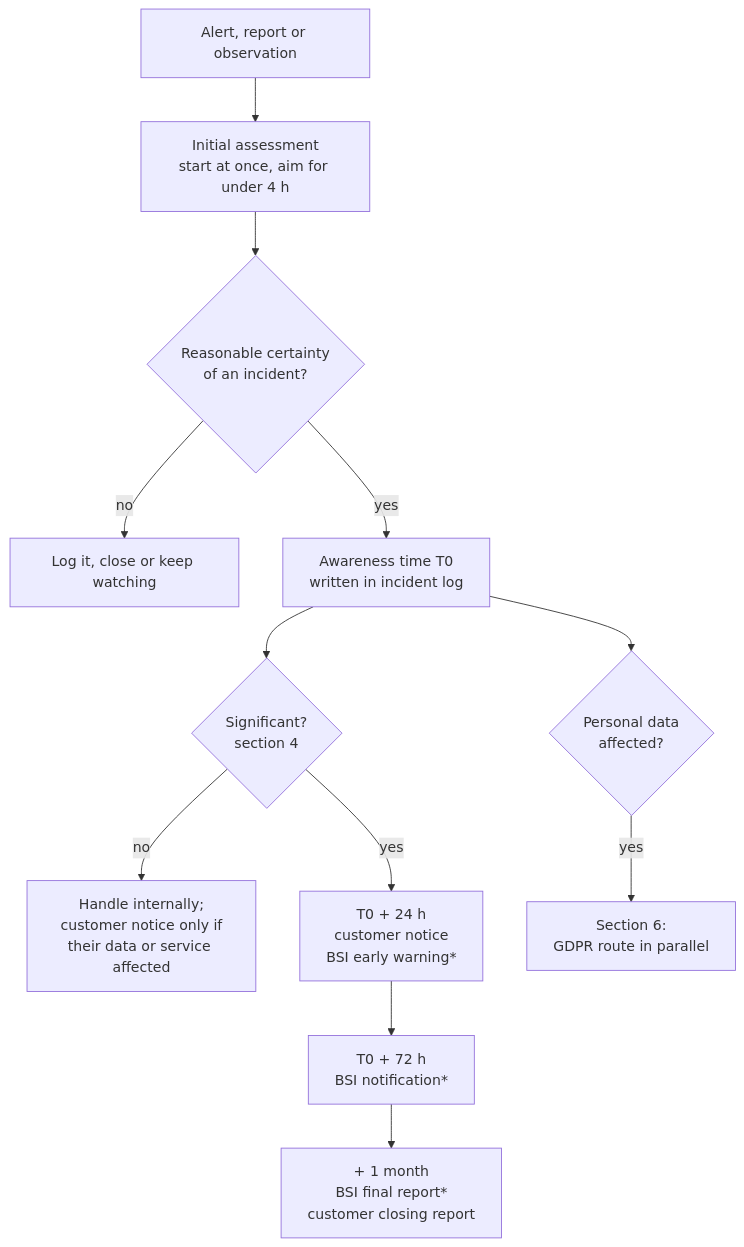
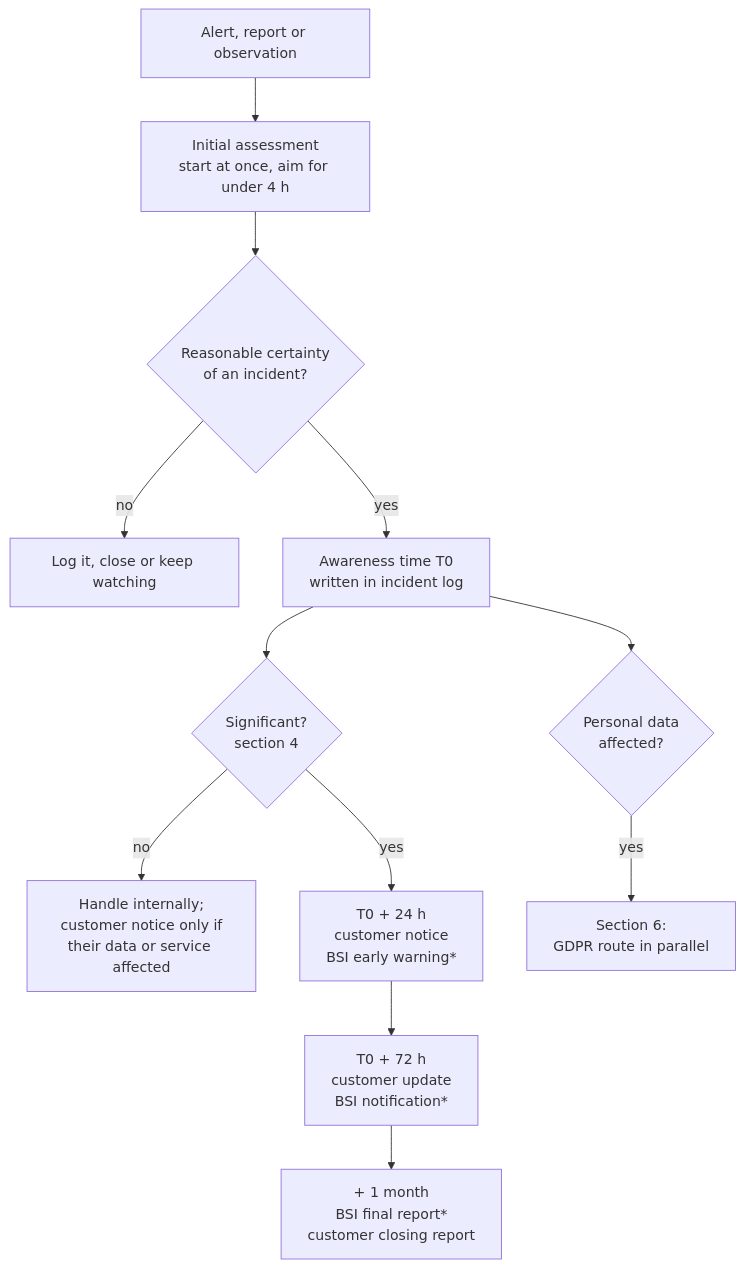
The diagram in Governance/NIS2/03-incident-reporting-procedure.md (Ayush-cloud06/Ayka-Secure-Technologies-GmbH), drawn with Mermaid before and after one commit. The commit also changed other lines of this file and 30 other files, not shown here.

````diff
--- a/Governance/NIS2/03-incident-reporting-procedure.md
+++ b/Governance/NIS2/03-incident-reporting-procedure.md
@@ -73,14 +73,14 @@
 ```mermaid
 flowchart TD
     A["Alert, report or observation"] --> B["Initial assessment<br/>start at once, aim for under 4 h"]
     B --> C{"Reasonable certainty<br/>of an incident?"}
     C -->|no| L["Log it, close or keep watching"]
     C -->|yes| D["Awareness time T0<br/>written in incident log"]
     D --> E{"Significant?<br/>section 4"}
     E -->|no| F["Handle internally;<br/>customer notice only if<br/>their data or service affected"]
     E -->|yes| G["T0 + 24 h<br/>customer notice<br/>BSI early warning*"]
-    G --> H["T0 + 72 h<br/>BSI notification*"]
+    G --> H["T0 + 72 h<br/>customer update<br/>BSI notification*"]
     H --> I["+ 1 month<br/>BSI final report*<br/>customer closing report"]
     D --> P{"Personal data<br/>affected?"}
     P -->|yes| Q["Section 6:<br/>GDPR route in parallel"]
 ```
````
